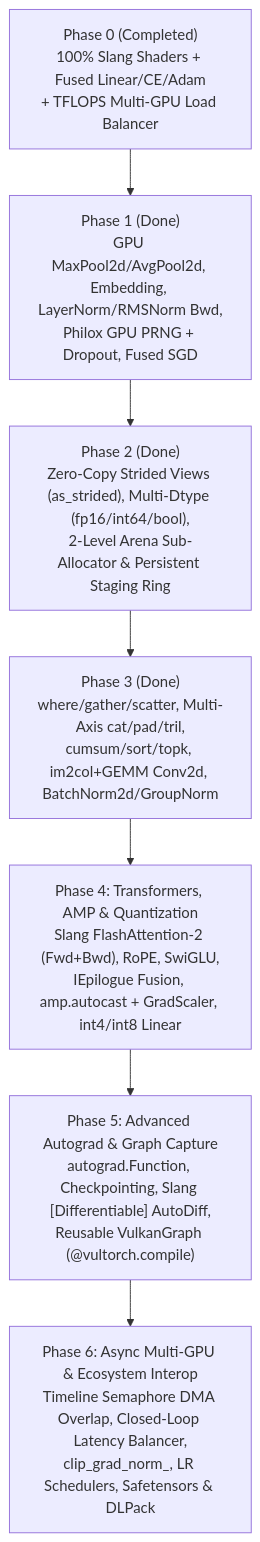
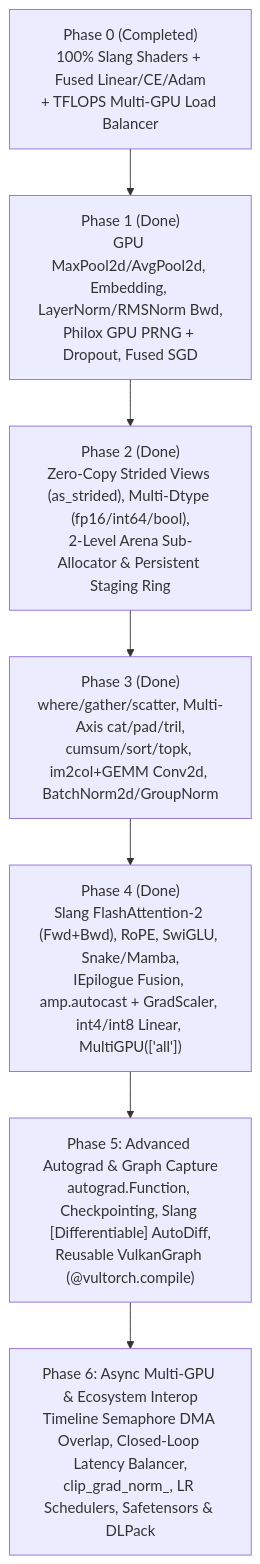
Before and after one commit to vinaybhargav/VulTorch: the diagram in IMPLEMENTATION.md, drawn with Mermaid. The commit also changed other lines of this file and 17 other files, not shown here.

Commit message:
Complete Phase 4: FlashAttention-2, RoPE, SwiGLU, AMP, int4/int8 QuantizedLinear, and MultiGPU

````diff
--- a/IMPLEMENTATION.md
+++ b/IMPLEMENTATION.md
@@ -355,12 +377,12 @@
 ```mermaid
 flowchart TD
     P0["Phase 0 (Completed)<br/>100% Slang Shaders + Fused Linear/CE/Adam<br/>+ TFLOPS Multi-GPU Load Balancer"]
     P1["Phase 1 (Done)<br/>GPU MaxPool2d/AvgPool2d, Embedding, LayerNorm/RMSNorm Bwd,<br/>Philox GPU PRNG + Dropout, Fused SGD"]
     P2["Phase 2 (Done)<br/>Zero-Copy Strided Views (as_strided), Multi-Dtype (fp16/int64/bool),<br/>2-Level Arena Sub-Allocator & Persistent Staging Ring"]
     P3["Phase 3 (Done)<br/>where/gather/scatter, Multi-Axis cat/pad/tril,<br/>cumsum/sort/topk, im2col+GEMM Conv2d, BatchNorm2d/GroupNorm"]
-    P4["Phase 4: Transformers, AMP & Quantization<br/>Slang FlashAttention-2 (Fwd+Bwd), RoPE, SwiGLU,<br/>IEpilogue Fusion, amp.autocast + GradScaler, int4/int8 Linear"]
+    P4["Phase 4 (Done)<br/>Slang FlashAttention-2 (Fwd+Bwd), RoPE, SwiGLU, Snake/Mamba,<br/>IEpilogue Fusion, amp.autocast + GradScaler, int4/int8 Linear, MultiGPU(['all'])"]
     P5["Phase 5: Advanced Autograd & Graph Capture<br/>autograd.Function, Checkpointing, Slang [Differentiable] AutoDiff,<br/>Reusable VulkanGraph (@vultorch.compile)"]
     P6["Phase 6: Async Multi-GPU & Ecosystem Interop<br/>Timeline Semaphore DMA Overlap, Closed-Loop Latency Balancer,<br/>clip_grad_norm_, LR Schedulers, Safetensors & DLPack"]
 
     P0 --> P1 --> P2 --> P3 --> P4 --> P5 --> P6
 ```
````
